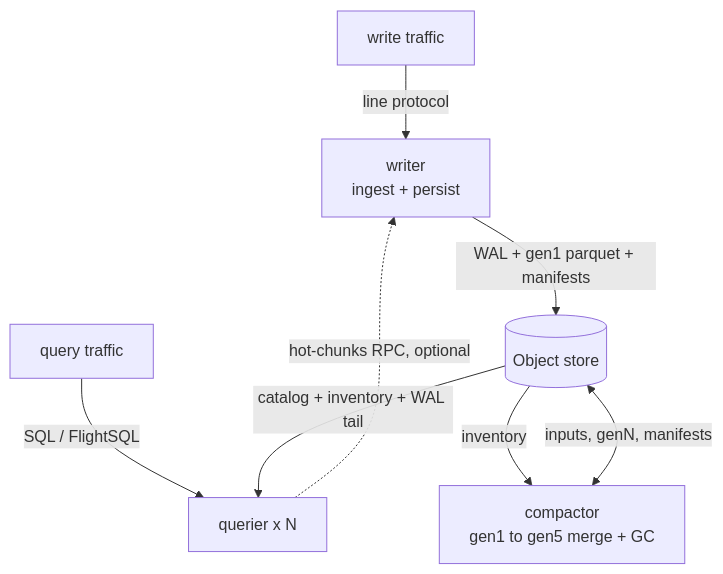
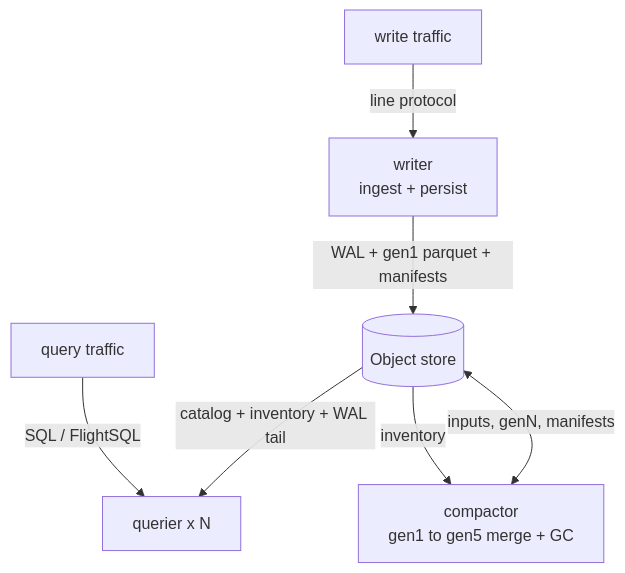
One commit to jochen42/refluxdbextended changed the diagram in README.md. Above: the diagram before and after it, drawn with Mermaid. The commit also changed other lines of this file and 13 other files, not shown here.

First line of the commit message:
feat(querier): remove remote hot-chunks freshness layer (Layer B)

````diff
--- a/README.md
+++ b/README.md
@@ -86,10 +83,9 @@
 ```mermaid
 graph TB
     W[write traffic] -->|line protocol| WR["writer<br/>ingest + persist"]
     Q[query traffic] -->|SQL / FlightSQL| QU["querier x N"]
-    QU -.->|hot-chunks RPC, optional| WR
     WR -->|WAL + gen1 parquet + manifests| OS[(Object store)]
     CO["compactor<br/>gen1 to gen5 merge + GC"] <-->|inputs, genN, manifests| OS
     OS -->|catalog + inventory + WAL tail| QU
     OS -->|inventory| CO
 ```
````
